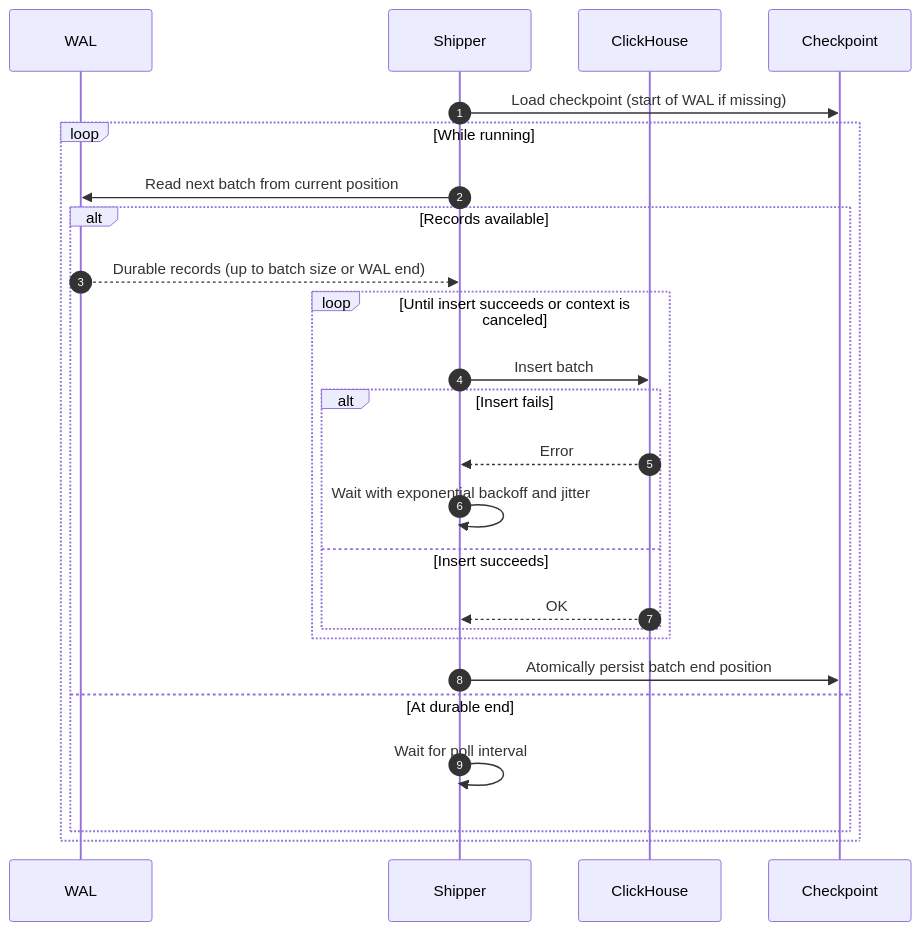
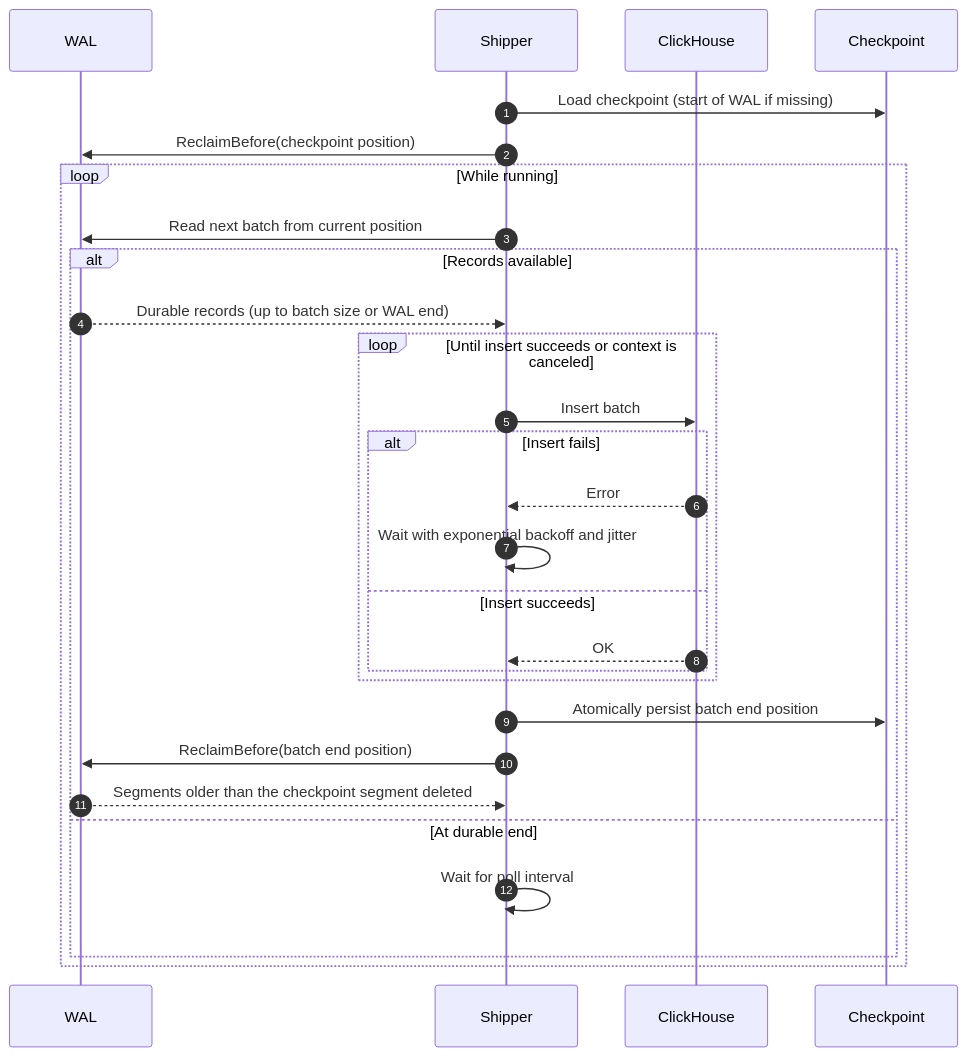
One commit to PratyushVishal11011/Fairgate changed diagram 14 of 15 in README.md. Above: the diagram before and after it, drawn with Mermaid. The commit also changed other lines of this file and 35 other files, not shown here.

Commit message:
feat: always enable WAL shipping and reclaim shipped segments

````diff
--- a/README.md
+++ b/README.md
@@ -634,28 +688,31 @@
 ```mermaid
 sequenceDiagram
     autonumber
     participant W as WAL
     participant SH as Shipper
     participant DB as ClickHouse
     participant CK as Checkpoint
 
     SH->>CK: Load checkpoint (start of WAL if missing)
+    SH->>W: ReclaimBefore(checkpoint position)
     loop While running
         SH->>W: Read next batch from current position
         alt Records available
             W-->>SH: Durable records (up to batch size or WAL end)
             loop Until insert succeeds or context is canceled
                 SH->>DB: Insert batch
                 alt Insert fails
                     DB-->>SH: Error
                     SH->>SH: Wait with exponential backoff and jitter
                 else Insert succeeds
                     DB-->>SH: OK
                 end
             end
             SH->>CK: Atomically persist batch end position
+            SH->>W: ReclaimBefore(batch end position)
+            W-->>SH: Segments older than the checkpoint segment deleted
         else At durable end
             SH->>SH: Wait for poll interval
         end
     end
 ```
````
